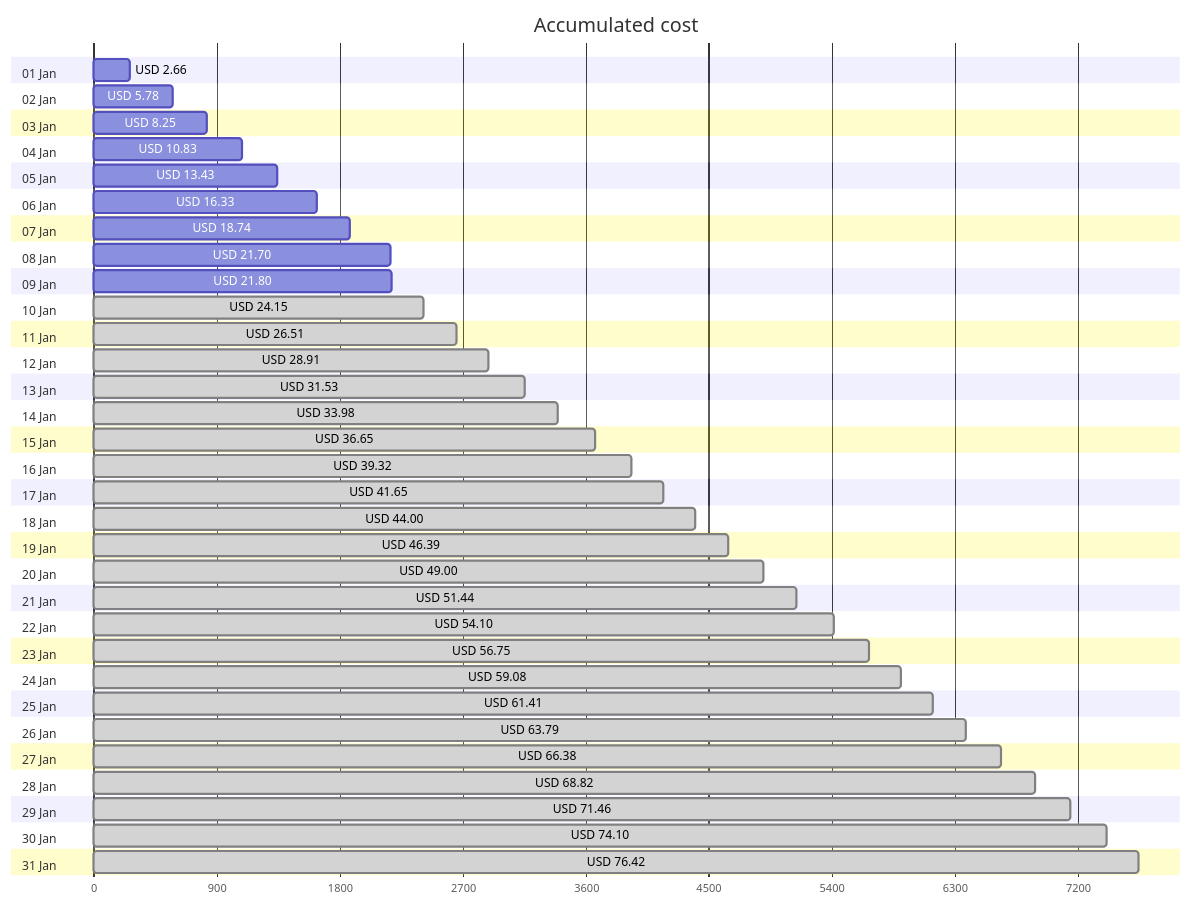
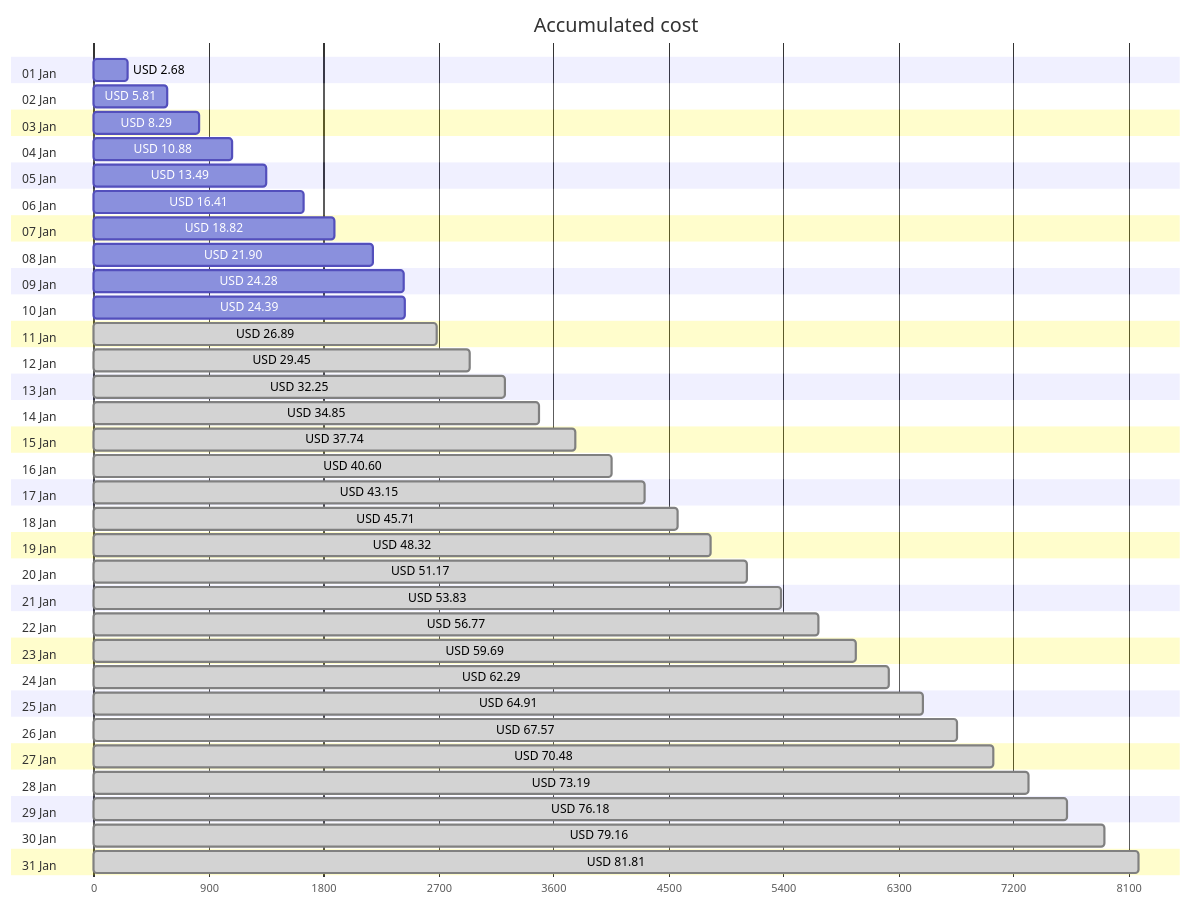
One commit to jpfulton/azure-personal-reports changed the first of 4 diagrams in cost-reports/accumulated-cost.md. Above: the diagram before and after it, drawn with Mermaid. The commit also changed other lines of this file and 4 other files, not shown here.

````diff
--- a/cost-reports/accumulated-cost.md
+++ b/cost-reports/accumulated-cost.md
@@ -20,68 +20,68 @@
 ```mermaid
 gantt
    title Accumulated cost
    dateFormat  X
    axisFormat %s
    section 01 Jan
-   USD 2.66 :0, 266
+   USD 2.68 :0, 268
    section 02 Jan
-   USD 5.78 :0, 578
+   USD 5.81 :0, 581
    section 03 Jan
-   USD 8.25 :0, 825
+   USD 8.29 :0, 829
    section 04 Jan
-   USD 10.83 :0, 1083
+   USD 10.88 :0, 1088
    section 05 Jan
-   USD 13.43 :0, 1343
+   USD 13.49 :0, 1349
    section 06 Jan
-   USD 16.33 :0, 1633
+   USD 16.41 :0, 1641
    section 07 Jan
-   USD 18.74 :0, 1874
+   USD 18.82 :0, 1882
    section 08 Jan
-   USD 21.70 :0, 2170
+   USD 21.90 :0, 2190
    section 09 Jan
-   USD 21.80 :0, 2180
+   USD 24.28 :0, 2428
    section 10 Jan
-   USD 24.15 : done, 0, 2415
+   USD 24.39 :0, 2439
    section 11 Jan
-   USD 26.51 : done, 0, 2651
+   USD 26.89 : done, 0, 2689
    section 12 Jan
-   USD 28.91 : done, 0, 2891
+   USD 29.45 : done, 0, 2945
    section 13 Jan
-   USD 31.53 : done, 0, 3153
+   USD 32.25 : done, 0, 3225
    section 14 Jan
-   USD 33.98 : done, 0, 3398
+   USD 34.85 : done, 0, 3485
    section 15 Jan
-   USD 36.65 : done, 0, 3665
+   USD 37.74 : done, 0, 3774
    section 16 Jan
-   USD 39.32 : done, 0, 3932
+   USD 40.60 : done, 0, 4060
    section 17 Jan
-   USD 41.65 : done, 0, 4165
+   USD 43.15 : done, 0, 4315
    section 18 Jan
-   USD 44.00 : done, 0, 4400
+   USD 45.71 : done, 0, 4571
    section 19 Jan
-   USD 46.39 : done, 0, 4639
+   USD 48.32 : done, 0, 4832
    section 20 Jan
-   USD 49.00 : done, 0, 4900
+   USD 51.17 : done, 0, 5117
    section 21 Jan
-   USD 51.44 : done, 0, 5144
+   USD 53.83 : done, 0, 5383
    section 22 Jan
-   USD 54.10 : done, 0, 5410
+   USD 56.77 : done, 0, 5677
    section 23 Jan
-   USD 56.75 : done, 0, 5675
+   USD 59.69 : done, 0, 5969
    section 24 Jan
-   USD 59.08 : done, 0, 5908
+   USD 62.29 : done, 0, 6229
    section 25 Jan
-   USD 61.41 : done, 0, 6141
+   USD 64.91 : done, 0, 6491
    section 26 Jan
-   USD 63.79 : done, 0, 6379
+   USD 67.57 : done, 0, 6757
    section 27 Jan
-   USD 66.38 : done, 0, 6638
+   USD 70.48 : done, 0, 7048
    section 28 Jan
-   USD 68.82 : done, 0, 6882
+   USD 73.19 : done, 0, 7319
    section 29 Jan
-   USD 71.46 : done, 0, 7146
+   USD 76.18 : done, 0, 7618
    section 30 Jan
-   USD 74.10 : done, 0, 7410
+   USD 79.16 : done, 0, 7916
    section 31 Jan
-   USD 76.42 : done, 0, 7642
+   USD 81.81 : done, 0, 8181
 ```
````
